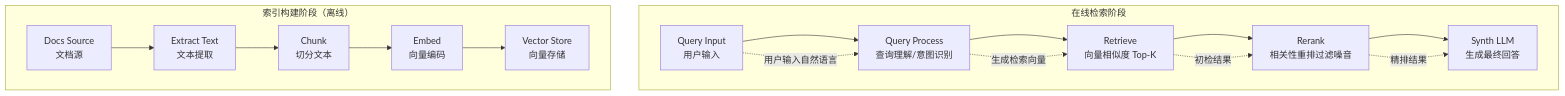
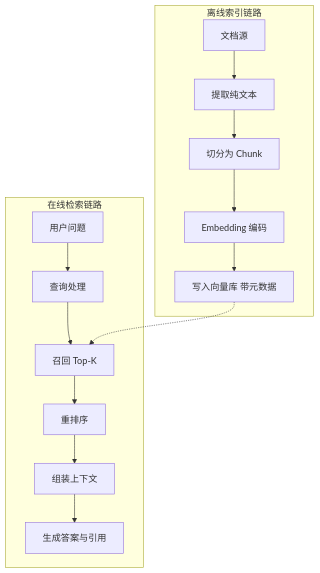
The fourth of 9 diagrams in docs/agent/applications/rag-principles-retrieval.md (Shyu-x/frontend-interview), drawn with Mermaid before and after one commit. The commit also changed other lines of this file and 58 other files, not shown here.

````diff
--- a/docs/agent/applications/rag-principles-retrieval.md
+++ b/docs/agent/applications/rag-principles-retrieval.md
@@ -69,16 +327,17 @@
 ```mermaid
 flowchart TB
-    subgraph Online["在线检索阶段"]
-        direction LR
-        QI["Query Input<br/>用户输入"] --> QP["Query Process<br/>查询理解/意图识别"] --> RET["Retrieve<br/>向量相似度 Top-K"] --> RR["Rerank<br/>相关性重排过滤噪音"] --> SYN["Synth LLM<br/>生成最终回答"]
-        QI -.->|"用户输入自然语言"| QP
-        QP -.->|"生成检索向量"| RET
-        RET -.->|"初检结果"| RR
-        RR -.->|"精排结果"| SYN
+    subgraph OFF["离线索引链路"]
+        D1["文档源"] --> D2["提取纯文本"]
+        D2 --> D3["切分为 Chunk"]
+        D3 --> D4["Embedding 编码"]
+        D4 --> D5["写入向量库 带元数据"]
     end
-
-    subgraph Offline["索引构建阶段（离线）"]
-        direction LR
-        DS["Docs Source<br/>文档源"] --> EX["Extract Text<br/>文本提取"] --> CK["Chunk<br/>切分文本"] --> EM["Embed<br/>向量编码"] --> VS["Vector Store<br/>向量存储"]
+    subgraph ON["在线检索链路"]
+        Q1["用户问题"] --> Q2["查询处理"]
+        Q2 --> Q3["召回 Top-K"]
+        Q3 --> Q4["重排序"]
+        Q4 --> Q5["组装上下文"]
+        Q5 --> Q6["生成答案与引用"]
     end
+    D5 -.-> Q3
 ```
````
